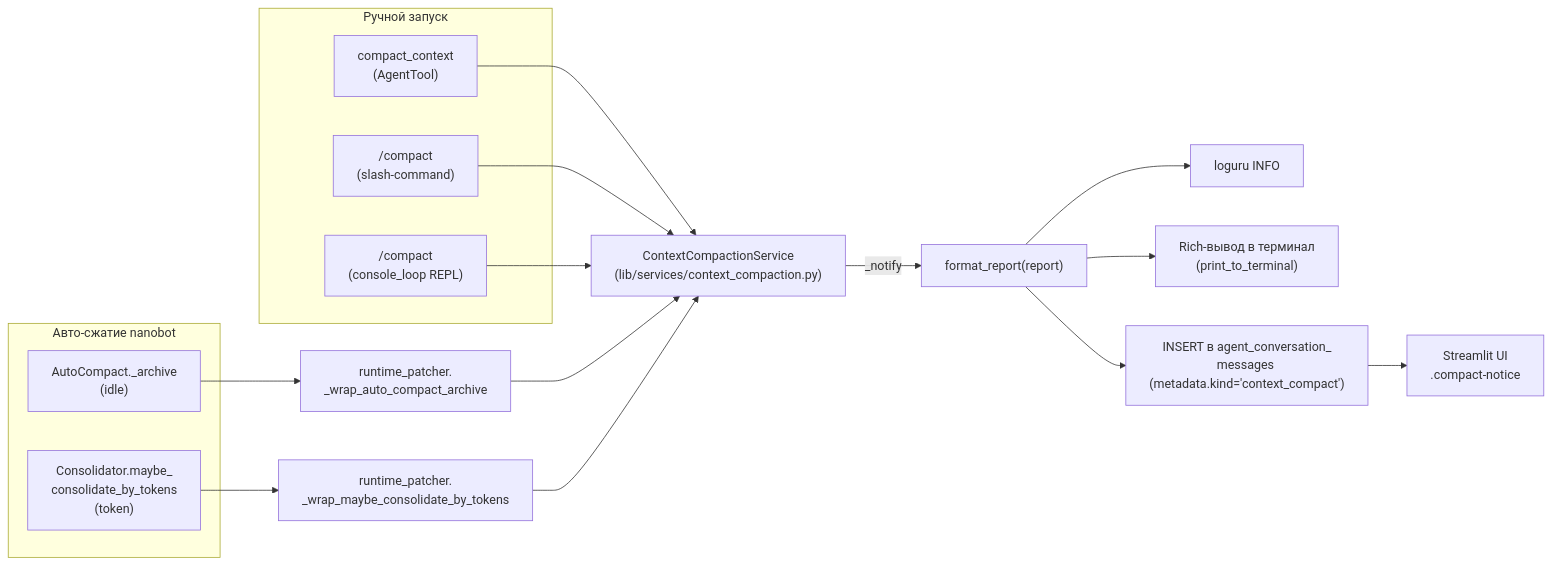
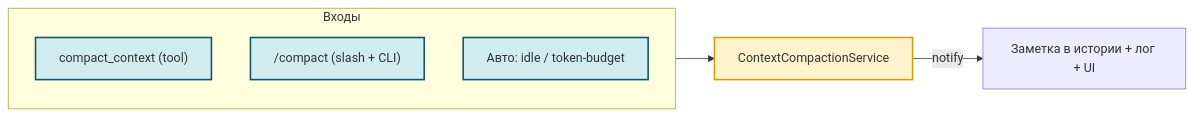
Before and after one commit to AlexEgorov85/workspaces_nanobot: the third of 4 diagrams in docs/ARCHITECTURE.md, drawn with Mermaid. The commit also changed other lines of this file and 4 other files, not shown here.

First line of the commit message:
docs(diagrams): упростить инфра-диаграммы в слоистый mermaid-стиль

````diff
--- a/docs/ARCHITECTURE.md
+++ b/docs/ARCHITECTURE.md
@@ -353,27 +333,14 @@
 ```mermaid
 flowchart LR
-    subgraph manual["Ручной запуск"]
-        TOOL["compact_context<br/>(AgentTool)"]
-        SLASH["/compact<br/>(slash-command)"]
-        CLI["/compact<br/>(console_loop REPL)"]
+    subgraph IN["Входы"]
+        TOOL["compact_context (tool)"]
+        SLASH["/compact (slash + CLI)"]
+        AUTO["Авто: idle / token-budget"]
     end
-    subgraph auto["Авто-сжатие nanobot"]
-        AC["AutoCompact._archive<br/>(idle)"]
-        MC["Consolidator.maybe_<br/>consolidate_by_tokens<br/>(token)"]
-    end
-
-    TOOL --> SVC
-    SLASH --> SVC
-    CLI --> SVC
-    AC --> W1["runtime_patcher.<br/>_wrap_auto_compact_archive"]
-    MC --> W2["runtime_patcher.<br/>_wrap_maybe_consolidate_by_tokens"]
-    W1 --> SVC
-    W2 --> SVC
-
-    SVC["ContextCompactionService<br/>(lib/services/context_compaction.py)"]
-    SVC -->|_notify| FMT["format_report(report)"]
-    FMT --> LOG["loguru INFO"]
-    FMT --> RICH["Rich-вывод в терминал<br/>(print_to_terminal)"]
-    FMT --> DB["INSERT в agent_conversation_<br/>messages (metadata.kind='context_compact')"]
-    DB --> ST["Streamlit UI<br/>.compact-notice"]
+    IN --> SVC["ContextCompactionService"]
+    SVC -->|notify| OUT["Заметка в истории + лог + UI"]
+    classDef entry fill:#d1ecf1,stroke:#0c5460,stroke-width:2px
+    classDef core fill:#fff3cd,stroke:#d39e00,stroke-width:2px
+    class TOOL,SLASH,AUTO entry
+    class SVC core
 ```
````
